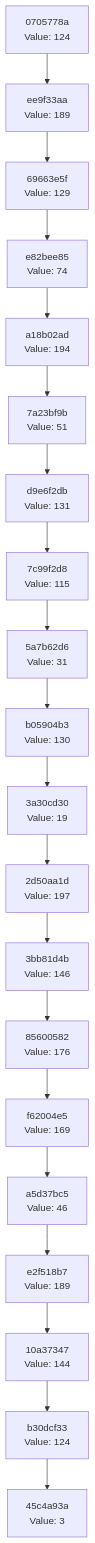
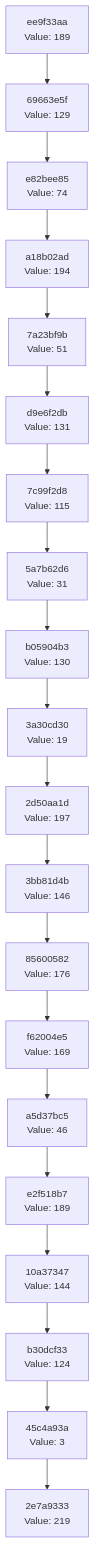
One commit to Abhisheksinha1506/hash-chain-evolver changed the diagram in docs/CHAIN_VISUALIZATION.md. Above: the diagram before and after it, drawn with Mermaid. The commit also changed 2 other files, not shown here.

Commit message:
Evolution Step

````diff
--- a/docs/CHAIN_VISUALIZATION.md
+++ b/docs/CHAIN_VISUALIZATION.md
@@ -3,42 +3,42 @@
 ```mermaid
 graph TD
-    C0["45c4a93a<br/>Value: 3"]
-    C1["b30dcf33<br/>Value: 124"]
+    C0["2e7a9333<br/>Value: 219"]
+    C1["45c4a93a<br/>Value: 3"]
     C1 --> C0
-    C2["10a37347<br/>Value: 144"]
+    C2["b30dcf33<br/>Value: 124"]
     C2 --> C1
-    C3["e2f518b7<br/>Value: 189"]
+    C3["10a37347<br/>Value: 144"]
     C3 --> C2
-    C4["a5d37bc5<br/>Value: 46"]
+    C4["e2f518b7<br/>Value: 189"]
     C4 --> C3
-    C5["f62004e5<br/>Value: 169"]
+    C5["a5d37bc5<br/>Value: 46"]
     C5 --> C4
-    C6["85600582<br/>Value: 176"]
+    C6["f62004e5<br/>Value: 169"]
     C6 --> C5
-    C7["3bb81d4b<br/>Value: 146"]
+    C7["85600582<br/>Value: 176"]
     C7 --> C6
-    C8["2d50aa1d<br/>Value: 197"]
+    C8["3bb81d4b<br/>Value: 146"]
     C8 --> C7
-    C9["3a30cd30<br/>Value: 19"]
+    C9["2d50aa1d<br/>Value: 197"]
     C9 --> C8
-    C10["b05904b3<br/>Value: 130"]
+    C10["3a30cd30<br/>Value: 19"]
     C10 --> C9
-    C11["5a7b62d6<br/>Value: 31"]
+    C11["b05904b3<br/>Value: 130"]
     C11 --> C10
-    C12["7c99f2d8<br/>Value: 115"]
+    C12["5a7b62d6<br/>Value: 31"]
     C12 --> C11
-    C13["d9e6f2db<br/>Value: 131"]
+    C13["7c99f2d8<br/>Value: 115"]
     C13 --> C12
-    C14["7a23bf9b<br/>Value: 51"]
+    C14["d9e6f2db<br/>Value: 131"]
     C14 --> C13
-    C15["a18b02ad<br/>Value: 194"]
+    C15["7a23bf9b<br/>Value: 51"]
     C15 --> C14
-    C16["e82bee85<br/>Value: 74"]
+    C16["a18b02ad<br/>Value: 194"]
     C16 --> C15
-    C17["69663e5f<br/>Value: 129"]
+    C17["e82bee85<br/>Value: 74"]
     C17 --> C16
-    C18["ee9f33aa<br/>Value: 189"]
+    C18["69663e5f<br/>Value: 129"]
     C18 --> C17
-    C19["0705778a<br/>Value: 124"]
+    C19["ee9f33aa<br/>Value: 189"]
     C19 --> C18
 ```
````
